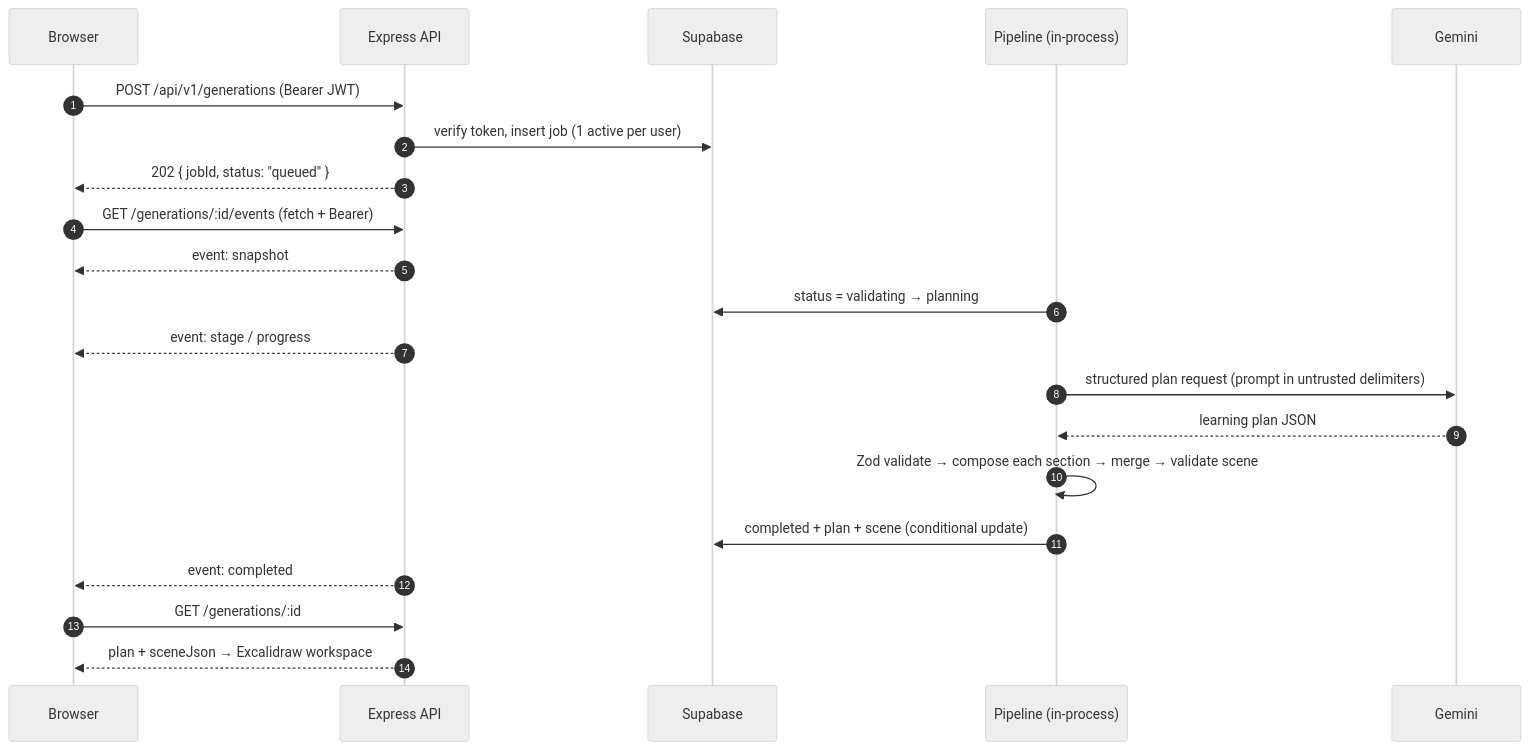
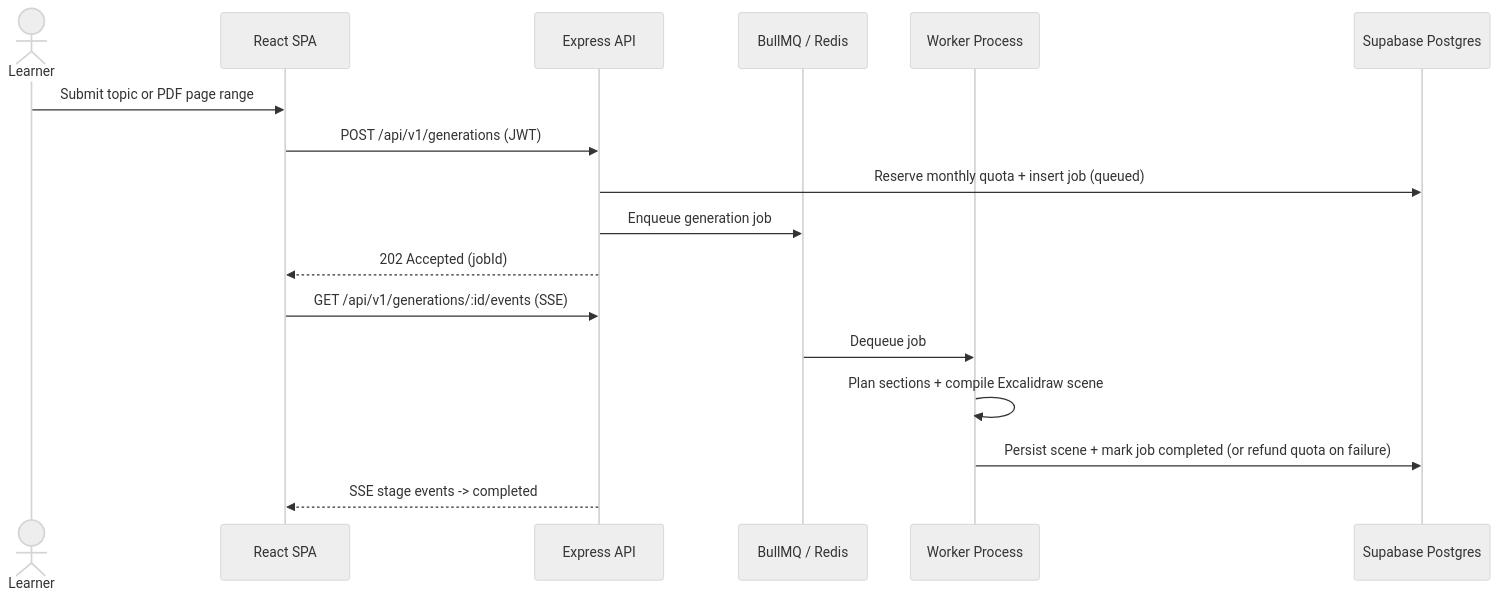
One commit to kanishk3114S/Visualify changed the second of 2 diagrams in README.md. Above: the diagram before and after it, drawn with Mermaid (neutral theme). The commit also changed other lines of this file and 97 other files, not shown here.

````diff
--- a/README.md
+++ b/README.md
@@ -165,24 +84,20 @@
 ```mermaid
 sequenceDiagram
-    autonumber
-    participant B as Browser
-    participant A as Express API
-    participant S as Supabase
-    participant W as Pipeline (in-process)
-    participant G as Gemini
+  actor Learner
+  participant SPA as React SPA
+  participant API as Express API
+  participant Queue as BullMQ / Redis
+  participant Worker as Worker Process
+  participant DB as Supabase Postgres
 
-    B->>A: POST /api/v1/generations (Bearer JWT)
-    A->>S: verify token, insert job (1 active per user)
-    A-->>B: 202 { jobId, status: "queued" }
-    B->>A: GET /generations/:id/events (fetch + Bearer)
-    A-->>B: event: snapshot
-    W->>S: status = validating → planning
-    A-->>B: event: stage / progress
-    W->>G: structured plan request (prompt in untrusted delimiters)
-    G-->>W: learning plan JSON
-    W->>W: Zod validate → compose each section → merge → validate scene
-    W->>S: completed + plan + scene (conditional update)
-    A-->>B: event: completed
-    B->>A: GET /generations/:id
-    A-->>B: plan + sceneJson → Excalidraw workspace
+  Learner->>SPA: Submit topic or PDF page range
+  SPA->>API: POST /api/v1/generations (JWT)
+  API->>DB: Reserve monthly quota + insert job (queued)
+  API->>Queue: Enqueue generation job
+  API-->>SPA: 202 Accepted (jobId)
+  SPA->>API: GET /api/v1/generations/:id/events (SSE)
+  Queue->>Worker: Dequeue job
+  Worker->>Worker: Plan sections + compile Excalidraw scene
+  Worker->>DB: Persist scene + mark job completed (or refund quota on failure)
+  API-->>SPA: SSE stage events -> completed
 ```
````
